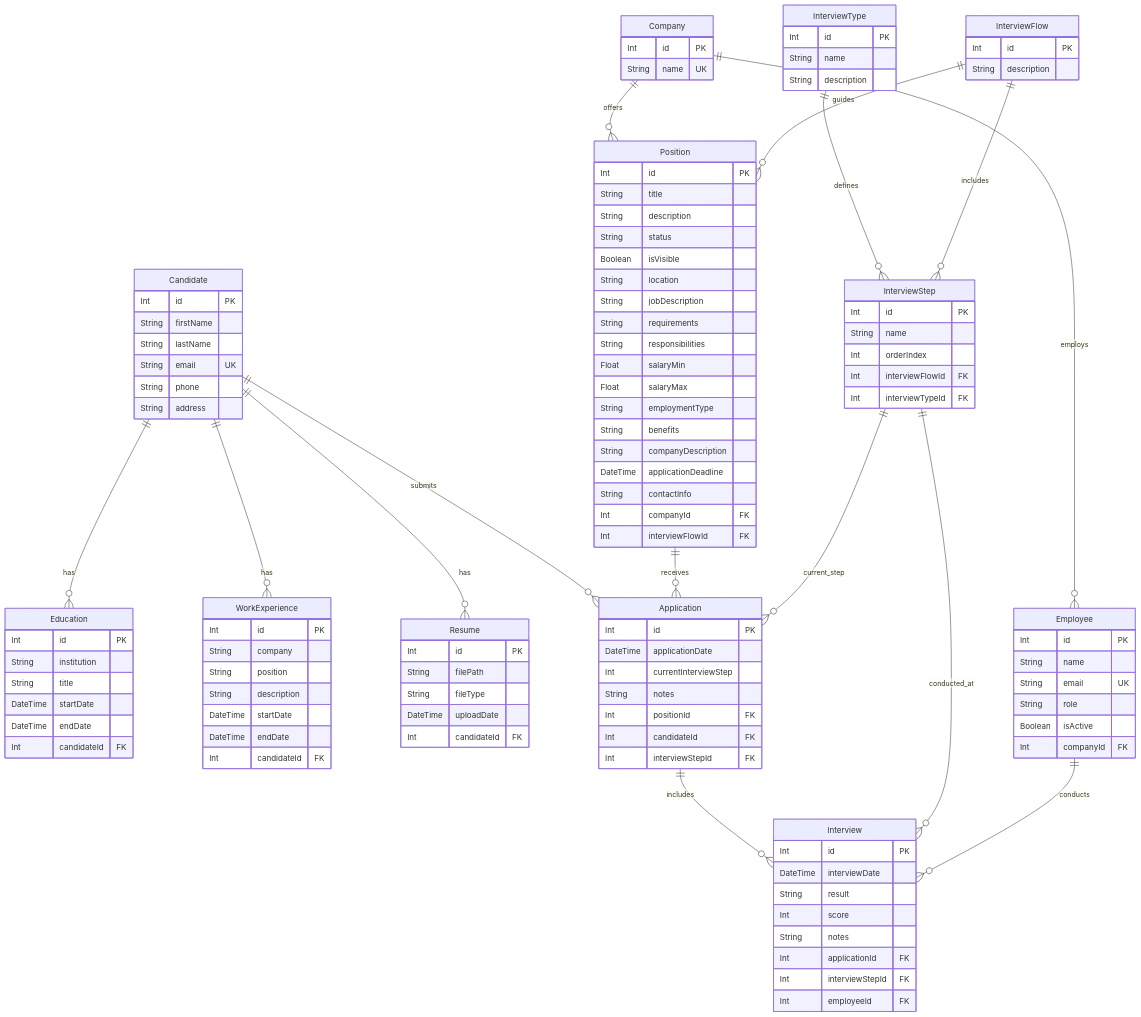
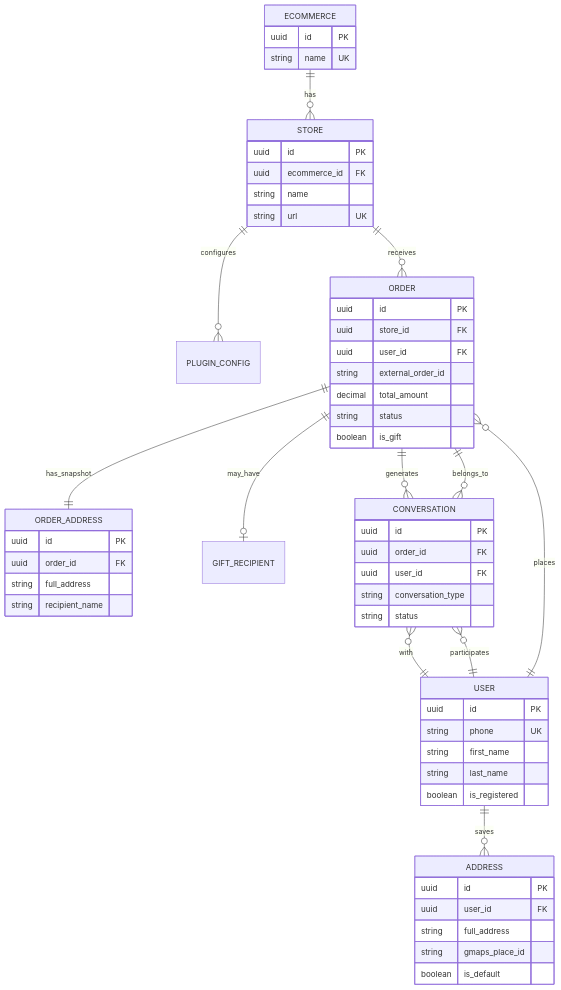
One commit to LIDR-academy/AI4Devs-finalproject changed the second of 2 diagrams in openspec/specs/data-model.md. Above: the diagram before and after it, drawn with Mermaid. The commit also changed other lines of this file and 22 other files, not shown here.

````diff
--- a/openspec/specs/data-model.md
+++ b/openspec/specs/data-model.md
@@ -274,122 +197,70 @@
 ```mermaid
 erDiagram
-    Candidate {
-        Int id PK
-        String firstName
-        String lastName
-        String email UK
-        String phone
-        String address
+    ECOMMERCE ||--o{ STORE : "has"
+    STORE ||--o{ PLUGIN_CONFIG : "configures"
+    STORE ||--o{ ORDER : "receives"
+    
+    USER ||--o{ ADDRESS : "saves"
+    USER ||--o{ ORDER : "places"
+    USER ||--o{ CONVERSATION : "participates"
+    
+    ORDER ||--|| ORDER_ADDRESS : "has_snapshot"
+    ORDER ||--o| GIFT_RECIPIENT : "may_have"
+    ORDER ||--o{ CONVERSATION : "generates"
+    
+    CONVERSATION }o--|| ORDER : "belongs_to"
+    CONVERSATION }o--|| USER : "with"
+    
+    ECOMMERCE {
+        uuid id PK
+        string name UK
     }
-    Education {
-        Int id PK
-        String institution
-        String title
-        DateTime startDate
-        DateTime endDate
-        Int candidateId FK
+    
+    STORE {
+        uuid id PK
+        uuid ecommerce_id FK
+        string name
+        string url UK
     }
-    WorkExperience {
-        Int id PK
-        String company
-        String position
-        String description
-        DateTime startDate
-        DateTime endDate
-        Int candidateId FK
+    
+    USER {
+        uuid id PK
+        string phone UK
+        string first_name
+        string last_name
+        boolean is_registered
     }
-    Resume {
-        Int id PK
-        String filePath
-        String fileType
-        DateTime uploadDate
-        Int candidateId FK
+    
+    ADDRESS {
+        uuid id PK
+        uuid user_id FK
+        string full_address
+        string gmaps_place_id
+        boolean is_default
     }
-    Company {
-        Int id PK
-        String name UK
+    
+    ORDER {
+        uuid id PK
+        uuid store_id FK
+        uuid user_id FK
+        string external_order_id
+        decimal total_amount
+        string status
+        boolean is_gift
     }
-    Employee {
-        Int id PK
-        String name
-        String email UK
-        String role
-        Boolean isActive
-        Int companyId FK
+    
+    ORDER_ADDRESS {
+        uuid id PK
+        uuid order_id FK
+        string full_address
+        string recipient_name
     }
-    InterviewType {
-        Int id PK
-        String name
-        String description
+    
+    CONVERSATION {
+        uuid id PK
+        uuid order_id FK
+        uuid user_id FK
+        string conversation_type
+        string status
     }
-    InterviewFlow {
-        Int id PK
-        String description
-    }
-    InterviewStep {
-        Int id PK
-        String name
-        Int orderIndex
-        Int interviewFlowId FK
-        Int interviewTypeId FK
-    }
-    Position {
-        Int id PK
-        String title
-        String description
-        String status
-        Boolean isVisible
-        String location
-        String jobDescription
-        String requirements
-        String responsibilities
-        Float salaryMin
-        Float salaryMax
-        String employmentType
-        String benefits
-        String companyDescription
-        DateTime applicationDeadline
-        String contactInfo
-        Int companyId FK
-        Int interviewFlowId FK
-    }
-    Application {
-        Int id PK
-        DateTime applicationDate
-        Int currentInterviewStep
-        String notes
-        Int positionId FK
-        Int candidateId FK
-        Int interviewStepId FK
-    }
-    Interview {
-        Int id PK
-        DateTime interviewDate
-        String result
-        Int score
-        String notes
-        Int applicationId FK
-        Int interviewStepId FK
-        Int employeeId FK
-    }
-
-    Candidate ||--o{ Education : "has"
-    Candidate ||--o{ WorkExperience : "has"
-    Candidate ||--o{ Resume : "has"
-    Candidate ||--o{ Application : "submits"
-
-    Company ||--o{ Employee : "employs"
-    Company ||--o{ Position : "offers"
-
-    InterviewType ||--o{ InterviewStep : "defines"
-    InterviewFlow ||--o{ InterviewStep : "includes"
-    InterviewFlow ||--o{ Position : "guides"
-
-    Position ||--o{ Application : "receives"
-    Application ||--o{ Interview : "includes"
-
-    InterviewStep ||--o{ Application : "current_step"
-    InterviewStep ||--o{ Interview : "conducted_at"
-
-    Employee ||--o{ Interview : "conducts"
 ```
````
